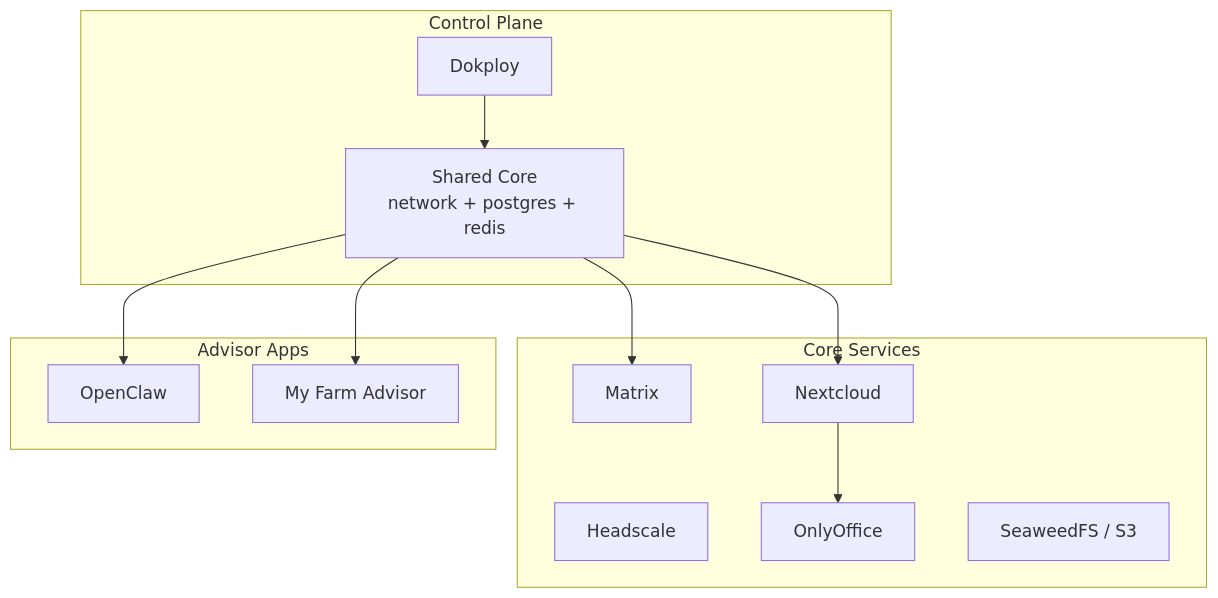
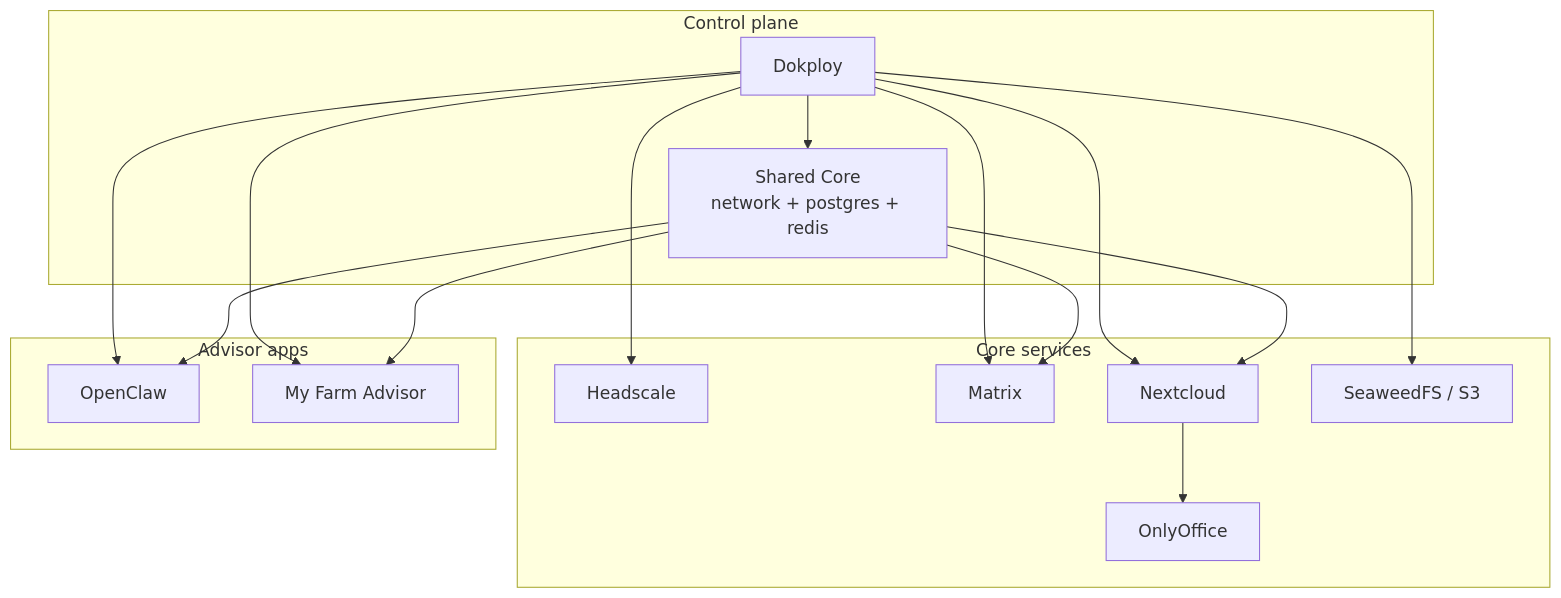
Before and after one commit to borealBytes/dokploy-wizard: the third of 3 diagrams in README.md, drawn with Mermaid. The commit also changed other lines of this file, not shown here.

Commit message:
Refine README architecture diagrams

````diff
--- a/README.md
+++ b/README.md
@@ -323,27 +357,35 @@
 ```mermaid
 flowchart TD
-    subgraph ControlPlane[Control Plane]
+    subgraph ControlPlane[Control plane]
         Dokploy[Dokploy]
         SharedCore[Shared Core<br/>network + postgres + redis]
     end
 
-    subgraph CoreServices[Core Services]
+    subgraph CoreServices[Core services]
         Headscale[Headscale]
         Matrix[Matrix]
         Nextcloud[Nextcloud]
         OnlyOffice[OnlyOffice]
         SeaweedFS[SeaweedFS / S3]
     end
 
-    subgraph AdvisorApps[Advisor Apps]
+    subgraph AdvisorApps[Advisor apps]
         OpenClaw[OpenClaw]
         MFA[My Farm Advisor]
     end
 
     Dokploy --> SharedCore
+    Dokploy --> Headscale
+    Dokploy --> Matrix
+    Dokploy --> Nextcloud
+    Dokploy --> SeaweedFS
+    Dokploy --> OpenClaw
+    Dokploy --> MFA
+
     SharedCore --> Matrix
     SharedCore --> Nextcloud
     SharedCore --> OpenClaw
     SharedCore --> MFA
+
     Nextcloud --> OnlyOffice
 ```
````
